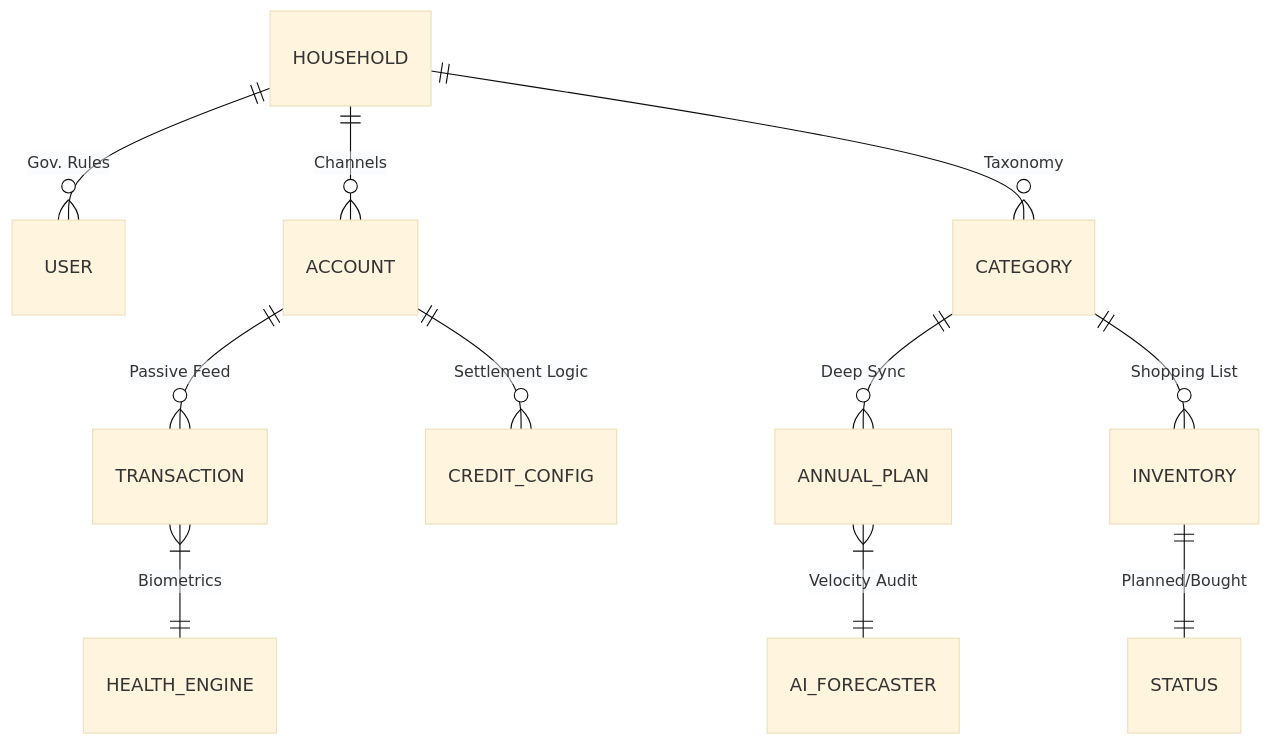
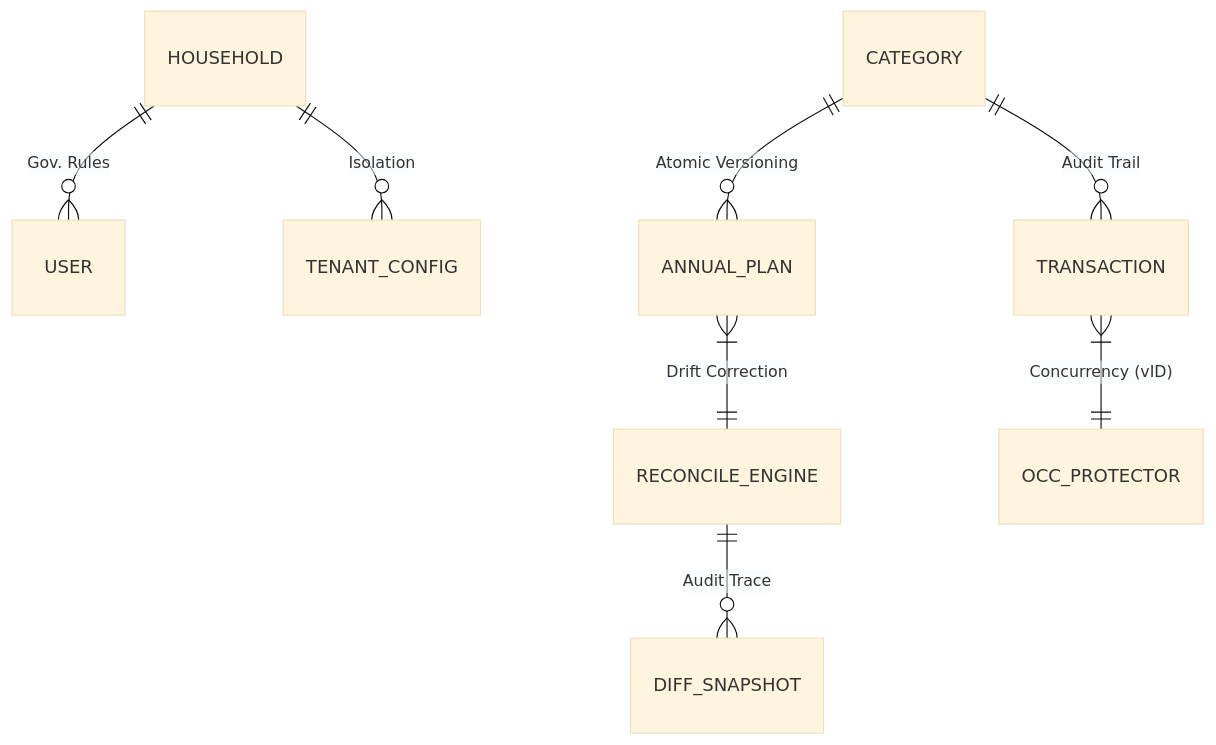
The diagram in README.md (dani6777-2/poc), drawn with Mermaid (base theme) before and after one commit. The commit also changed other lines of this file, not shown here.

Commit message:
docs: upgrade README to reflect FinOps v5.0 architectural changes, concurrency controls, and reconciliation engine updates

````diff
--- a/README.md
+++ b/README.md
@@ -39,17 +56,13 @@
 ```mermaid
 erDiagram
     HOUSEHOLD ||--o{ USER : "Gov. Rules"
-    HOUSEHOLD ||--o{ ACCOUNT : "Channels"
-    HOUSEHOLD ||--o{ CATEGORY : "Taxonomy"
+    HOUSEHOLD ||--o{ TENANT_CONFIG : "Isolation"
     
-    ACCOUNT ||--o{ TRANSACTION : "Passive Feed"
-    ACCOUNT ||--o{ CREDIT_CONFIG : "Settlement Logic"
+    CATEGORY ||--o{ ANNUAL_PLAN : "Atomic Versioning"
+    CATEGORY ||--o{ TRANSACTION : "Audit Trail"
     
-    CATEGORY ||--o{ ANNUAL_PLAN : "Deep Sync"
-    CATEGORY ||--o{ INVENTORY : "Shopping List"
+    ANNUAL_PLAN }|--|| RECONCILE_ENGINE : "Drift Correction"
+    RECONCILE_ENGINE ||--o{ DIFF_SNAPSHOT : "Audit Trace"
     
-    TRANSACTION }|--|| HEALTH_ENGINE : "Biometrics"
-    ANNUAL_PLAN }|--|| AI_FORECASTER : "Velocity Audit"
-    
-    INVENTORY ||--|| STATUS : "Planned/Bought"
+    TRANSACTION }|--|| OCC_PROTECTOR : "Concurrency (vID)"
 ```
````
